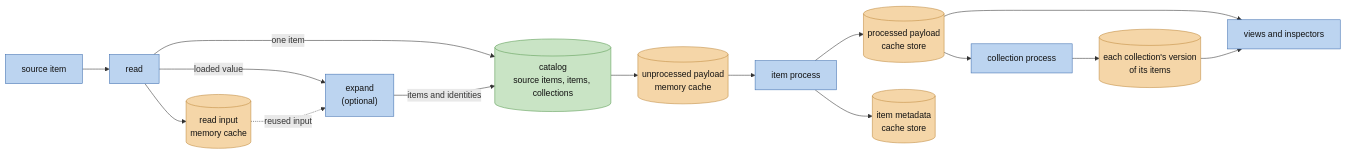
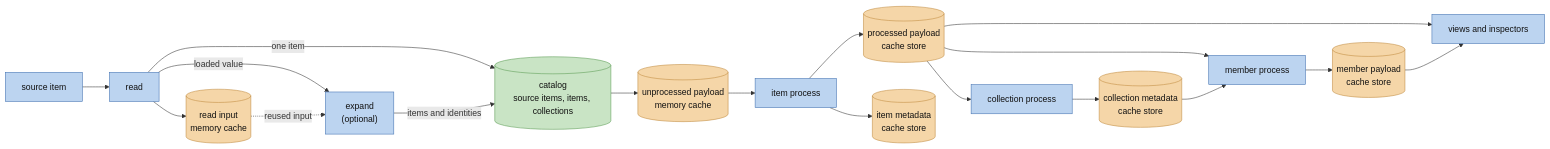
One commit to digiefel/DataBrowser changed the second of 5 diagrams in docs/ARCHITECTURE.md. Above: the diagram before and after it, drawn with Mermaid. The commit also changed other lines of this file and 23 other files, not shown here.

First line of the commit message:
Split collection process into a group process and a member process

````diff
--- a/docs/ARCHITECTURE.md
+++ b/docs/ARCHITECTURE.md
@@ -112,37 +112,42 @@
 ```mermaid
 flowchart LR
     source["source item"]
     read["read"]
     read_cache[("read input<br/>memory cache")]
     expand["expand<br/>(optional)"]
     index[("catalog<br/>source items, items, collections")]
     unprocessed[("unprocessed payload<br/>memory cache")]
     item_process["item process"]
     processed[("processed payload<br/>cache store")]
     item_metadata[("item metadata<br/>cache store")]
     collection_process["collection process"]
-    collection_payload[("each collection's version<br/>of its items")]
+    collection_payload[("collection metadata<br/>cache store")]
+    member_process["member process"]
+    member_payload[("member payload<br/>cache store")]
     views["views and inspectors"]
 
     source --> read
     read -->|"one item"| index
     read -->|"loaded value"| expand
     read --> read_cache
     read_cache -.->|"reused input"| expand
     expand -->|"items and identities"| index
     index --> unprocessed
     unprocessed --> item_process
     item_process --> processed
     item_process --> item_metadata
     processed --> collection_process
     collection_process --> collection_payload
+    processed --> member_process
+    collection_payload --> member_process
+    member_process --> member_payload
     processed --> views
-    collection_payload --> views
+    member_payload --> views
 
     classDef stage fill:#bcd4f0,stroke:#3f6fb0,color:#111
     classDef state fill:#f5d6a8,stroke:#c08a3f,color:#111
     classDef output fill:#c9e4c5,stroke:#5a9a52,color:#111
-    class source,read,expand,item_process,collection_process,views stage
-    class read_cache,unprocessed,processed,item_metadata,collection_payload state
+    class source,read,expand,item_process,collection_process,member_process,views stage
+    class read_cache,unprocessed,processed,item_metadata,collection_payload,member_payload state
     class index output
 ```
````
